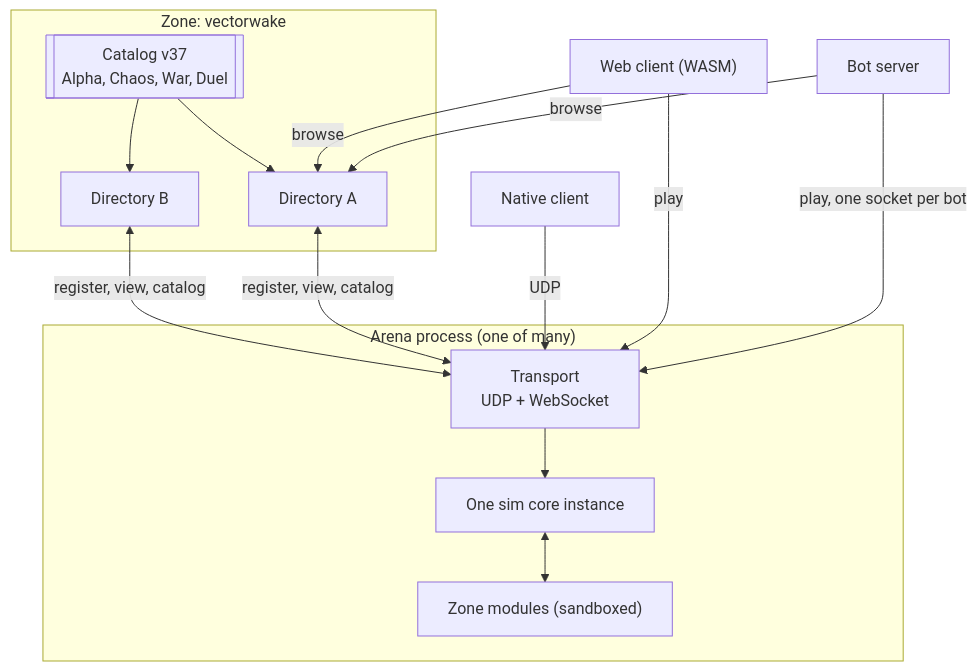
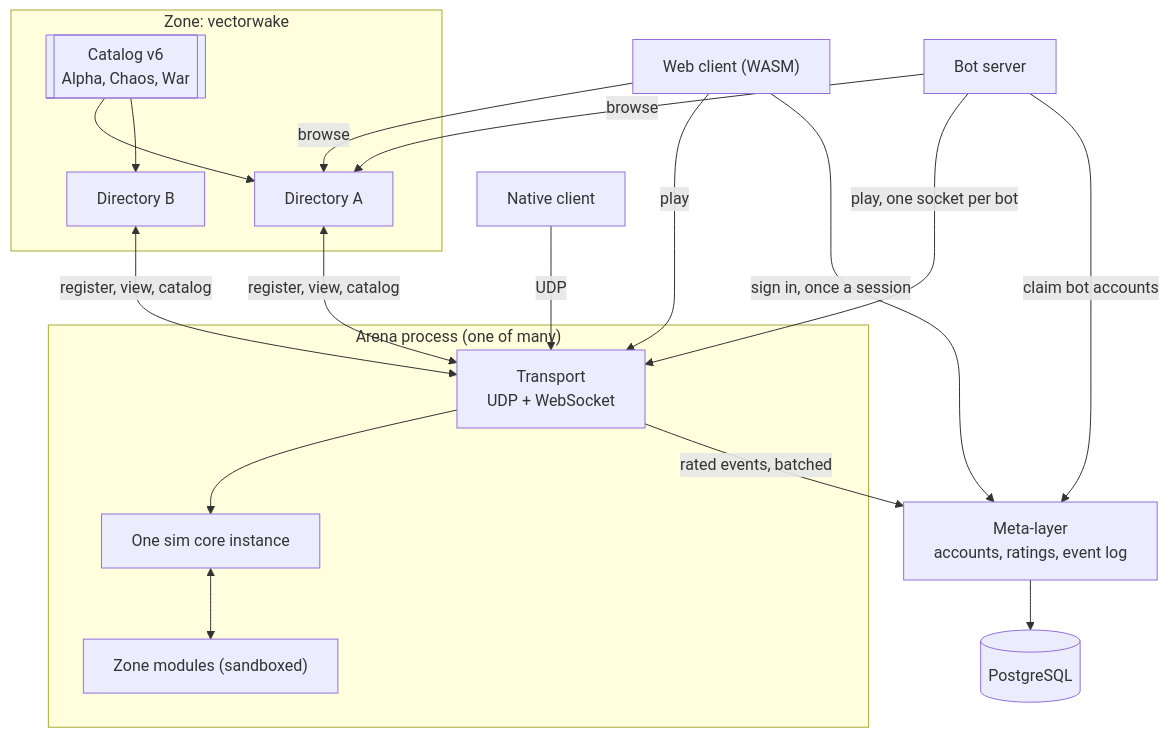
One commit to criccomini/vectorwake changed the second of 2 diagrams in docs/architecture/system-overview.md. Above: the diagram before and after it, drawn with Mermaid. The commit also changed other lines of this file and 13 other files, not shown here.

````diff
--- a/docs/architecture/system-overview.md
+++ b/docs/architecture/system-overview.md
@@ -81,23 +89,29 @@
 ```mermaid
 flowchart TB
     subgraph Zone["Zone: vectorwake"]
-        CAT[["Catalog v37<br/>Alpha, Chaos, War, Duel"]]
+        CAT[["Catalog v6<br/>Alpha, Chaos, War"]]
         D1["Directory A"]
         D2["Directory B"]
         CAT --> D1 & D2
     end
     subgraph Arena["Arena process (one of many)"]
         NET["Transport<br/>UDP + WebSocket"]
         SIM["One sim core instance"]
         MOD["Zone modules (sandboxed)"]
         NET --> SIM
         SIM <--> MOD
     end
     D1 <-- "register, view, catalog" --> NET
     D2 <-- "register, view, catalog" --> NET
+    M["Meta-layer<br/>accounts, ratings, event log"]
+    PG[("PostgreSQL")]
+    M --> PG
     W["Web client (WASM)"] -- browse --> D1
     W -- play --> NET
+    W -- "sign in, once a session" --> M
     N["Native client"] -- UDP --> NET
     B["Bot server"] -- browse --> D1
     B -- "play, one socket per bot" --> NET
+    B -- "claim bot accounts" --> M
+    NET -- "rated events, batched" --> M
 ```
````
